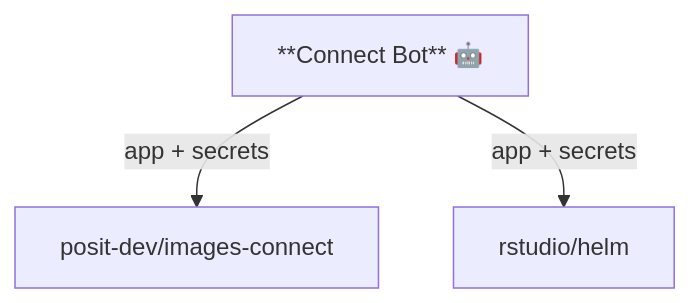
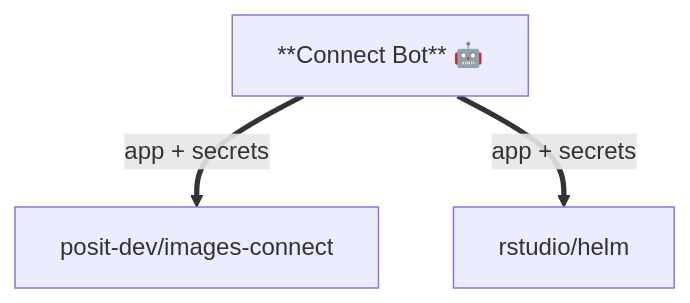
Before and after one commit to posit-dev/images-shared: the second of 5 diagrams in pulumi/github/github-apps/README.md, drawn with Mermaid. The commit also changed other lines of this file, not shown here.

First line of the commit message:
Use thick vs thin lines for diagram clarity

````diff
--- a/pulumi/github/github-apps/README.md
+++ b/pulumi/github/github-apps/README.md
@@ -58,7 +58,7 @@
 ```mermaid
 graph TD
     BOT["**Connect Bot** 🤖"]
 
-    BOT -->|app + secrets| IC["posit-dev/images-connect"]
-    BOT -->|app + secrets| HELM["rstudio/helm"]
+    BOT ==>|app + secrets| IC["posit-dev/images-connect"]
+    BOT ==>|app + secrets| HELM["rstudio/helm"]
 ```
````
